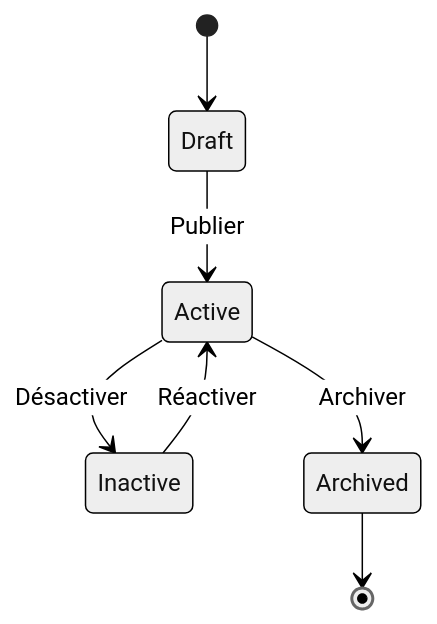
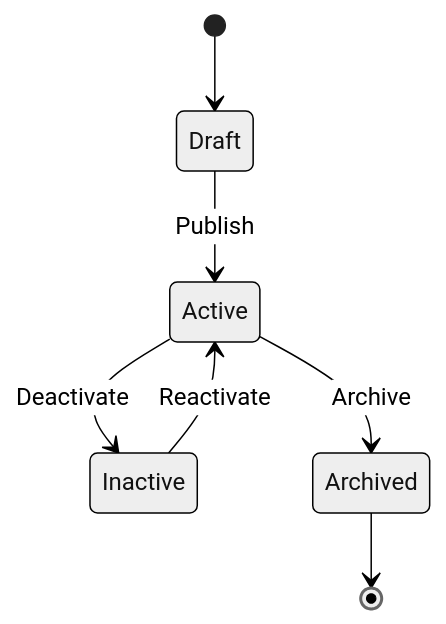
The second of 2 diagrams in templates/commands/business-analyse/5-document.md (AtlasHub-ch/atlashub-claudecode-cli), drawn with Mermaid (neutral theme) before and after one commit. The commit also changed other lines of this file and 58 other files, not shown here.

````diff
--- a/templates/commands/business-analyse/5-document.md
+++ b/templates/commands/business-analyse/5-document.md
@@ -179,9 +179,9 @@
 ```mermaid
 stateDiagram-v2
     [*] --> Draft
-    Draft --> Active: Publier
-    Active --> Inactive: Désactiver
-    Inactive --> Active: Réactiver
-    Active --> Archived: Archiver
+    Draft --> Active: Publish
+    Active --> Inactive: Deactivate
+    Inactive --> Active: Reactivate
+    Active --> Archived: Archive
     Archived --> [*]
 ```
````
